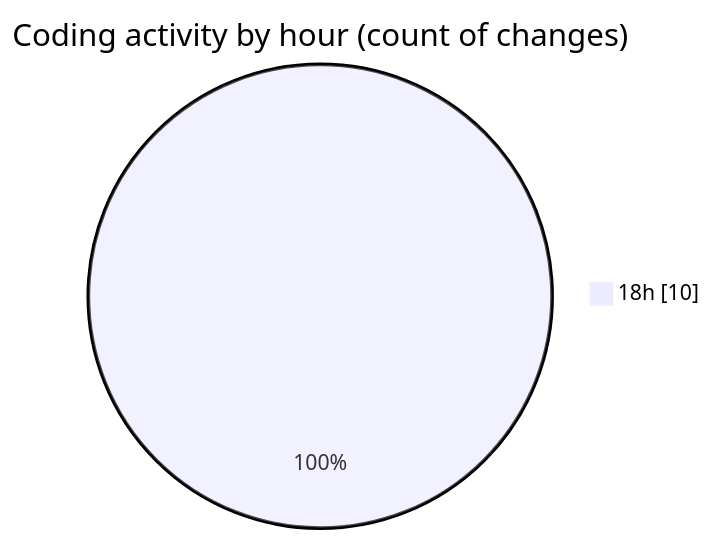
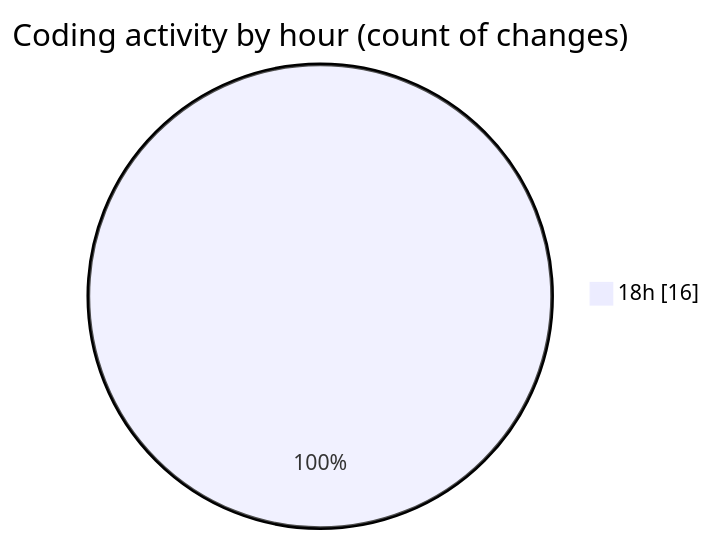
Before and after one commit to Netris89/code-tracking: the second of 2 diagrams in 2025-03-25/audioplugin/README.md, drawn with Mermaid. The commit also changed other lines of this file and 1 other file, not shown here.

````diff
--- a/2025-03-25/audioplugin/README.md
+++ b/2025-03-25/audioplugin/README.md
@@ -31,5 +33,5 @@
 ```mermaid
 pie showData
 title Coding activity by hour (count of changes)
-"18h" : 10
+"18h" : 16
 ```
````
